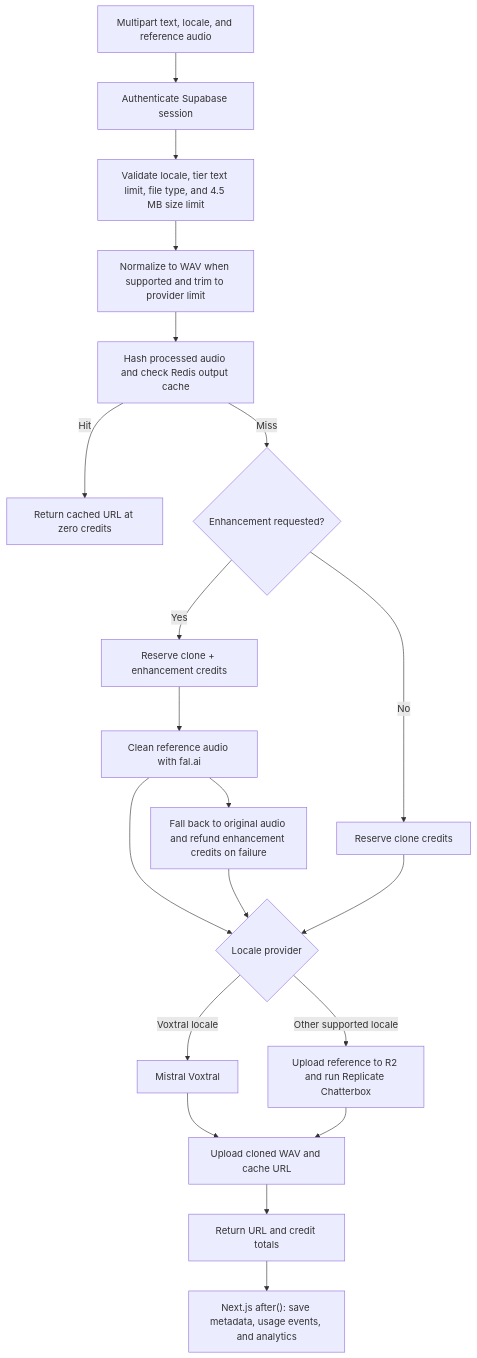
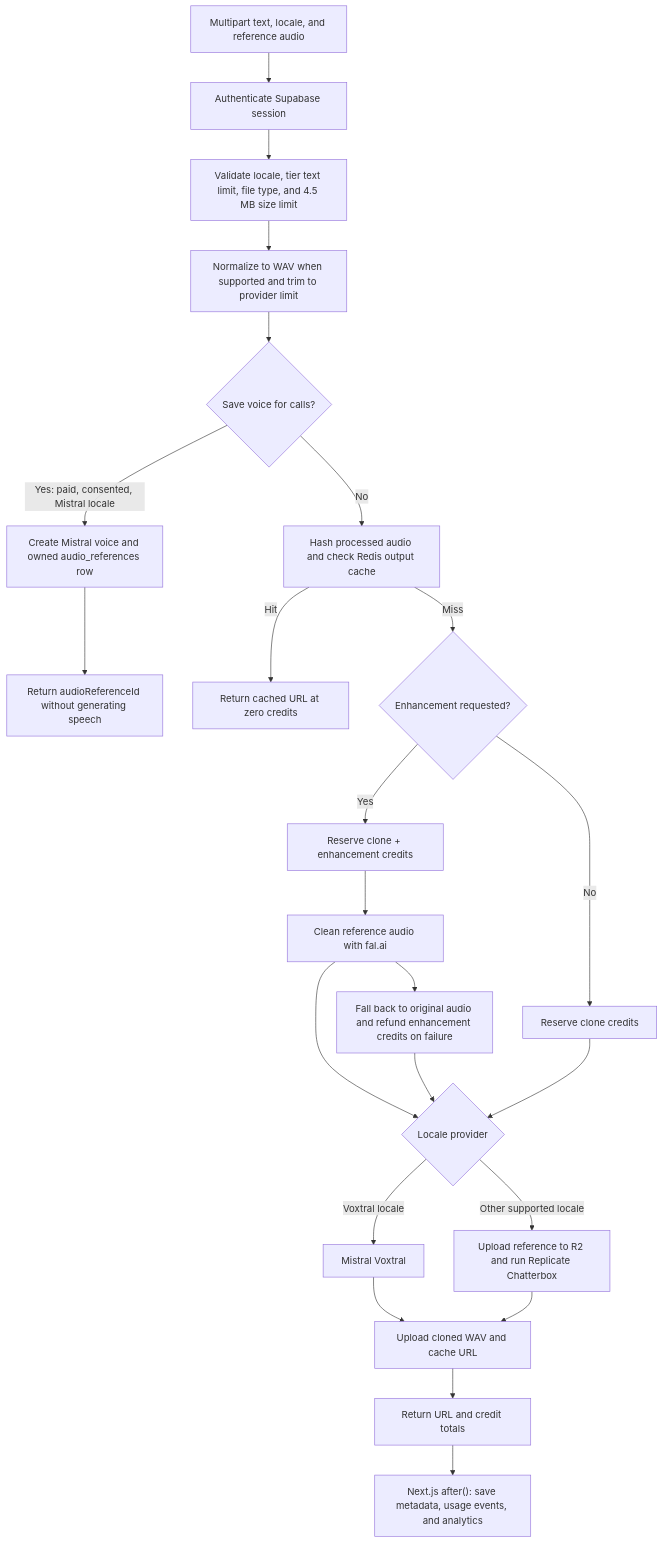
The fourth of 5 diagrams in ARCHITECTURE.md (gianpaj/sexyvoice), drawn with Mermaid before and after one commit. The commit also changed other lines of this file and 20 other files, not shown here.

````diff
--- a/ARCHITECTURE.md
+++ b/ARCHITECTURE.md
@@ -197,22 +197,25 @@
 ```mermaid
 flowchart TD
     A["Multipart text, locale, and reference audio"] --> B["Authenticate Supabase session"]
     B --> C["Validate locale, tier text limit, file type, and 4.5 MB size limit"]
     C --> D["Normalize to WAV when supported and trim to provider limit"]
-    D --> E["Hash processed audio and check Redis output cache"]
+    D --> S{"Save voice for calls?"}
+    S -->|"Yes: paid, consented, Mistral locale"| T["Create Mistral voice and owned audio_references row"]
+    T --> U["Return audioReferenceId without generating speech"]
+    S -->|"No"| E["Hash processed audio and check Redis output cache"]
     E -->|"Hit"| F["Return cached URL at zero credits"]
     E -->|"Miss"| G{"Enhancement requested?"}
     G -->|"Yes"| H["Reserve clone + enhancement credits"]
     H --> I["Clean reference audio with fal.ai"]
     I --> J["Fall back to original audio and refund enhancement credits on failure"]
     G -->|"No"| K["Reserve clone credits"]
     I --> L{"Locale provider"}
     J --> L
     K --> L
     L -->|"Voxtral locale"| M["Mistral Voxtral"]
     L -->|"Other supported locale"| N["Upload reference to R2 and run Replicate Chatterbox"]
     M --> O["Upload cloned WAV and cache URL"]
     N --> O
     O --> P["Return URL and credit totals"]
     P --> Q["Next.js after(): save metadata, usage events, and analytics"]
 ```
````
